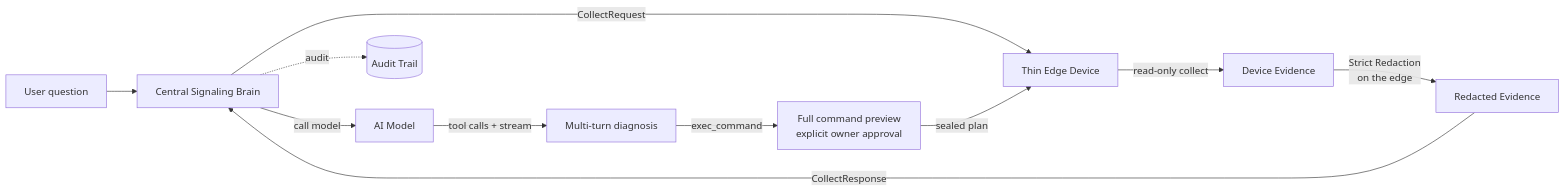
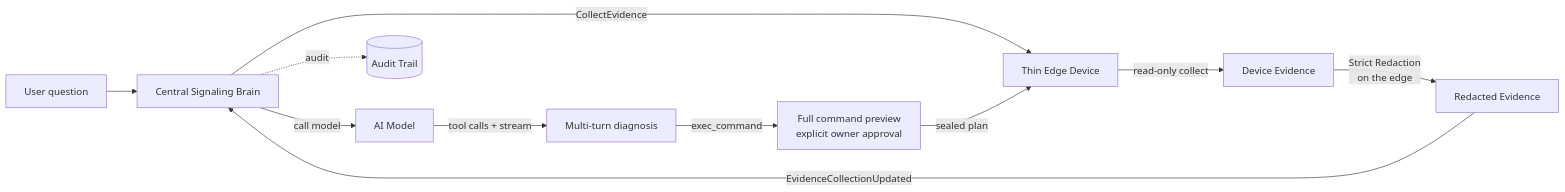
Before and after one commit to lcxl-remote/lcxl-remote-desk-web: the diagram in docs/features/ai-diagnostics.md, drawn with Mermaid. The commit also changed 157 other files, not shown here.

Commit message:
refactor: normalize signaling request and response types

````diff
--- a/docs/features/ai-diagnostics.md
+++ b/docs/features/ai-diagnostics.md
@@ -13,13 +13,13 @@
 ```mermaid
 graph LR
     user[User question] --> central[Central Signaling Brain]
-    central -->|CollectRequest| edge[Thin Edge Device]
+    central -->|CollectEvidence| edge[Thin Edge Device]
     edge -->|read-only collect| evidence[Device Evidence]
     evidence -->|Strict Redaction<br/>on the edge| redacted[Redacted Evidence]
-    redacted -->|CollectResponse| central
+    redacted -->|EvidenceCollectionUpdated| central
     central -->|call model| model[AI Model]
     model -->|tool calls + stream| diag[Multi-turn diagnosis]
     diag -->|exec_command| approve[Full command preview<br/>explicit owner approval]
     approve -->|sealed plan| edge
     central -.audit.-> audit[(Audit Trail)]
 ```
````
